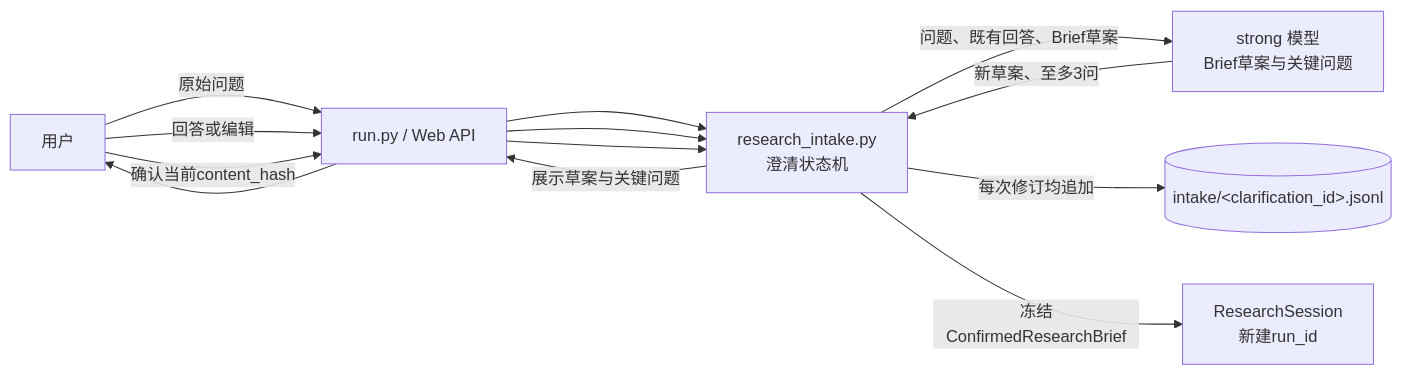
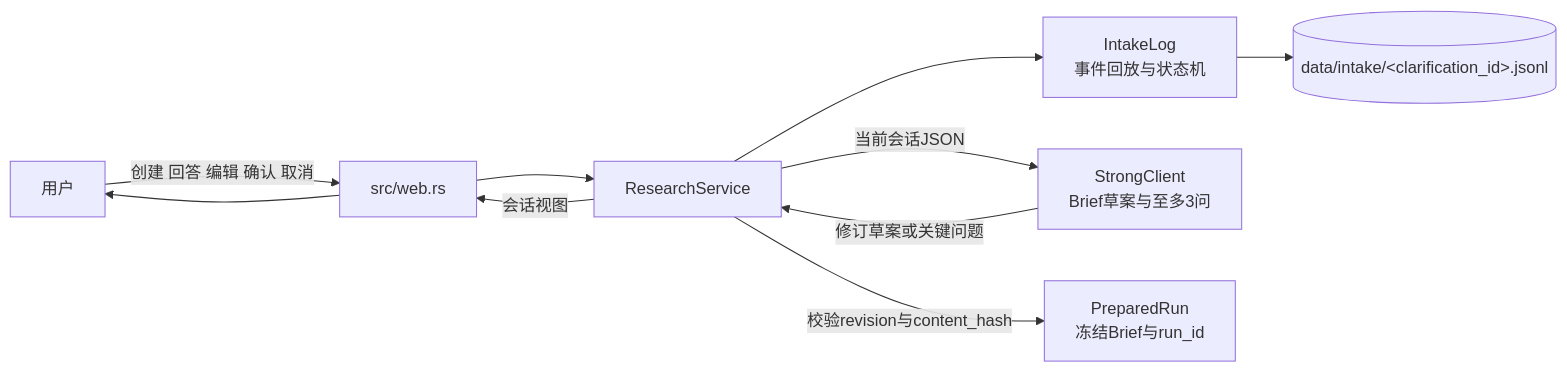
The second of 6 diagrams in docs/web-search-architecture.md (SuperCatQR/traceable-research-runtime), drawn with Mermaid before and after one commit. The commit also changed other lines of this file and 12 other files, not shown here.

Commit message:
fix: align research pipeline with architecture

````diff
--- a/docs/web-search-architecture.md
+++ b/docs/web-search-architecture.md
@@ -158,18 +141,17 @@
 ```mermaid
 flowchart LR
     userActor["用户"]
-    apiEntry["run.py / Web API"]
-    intakeState["research_intake.py<br/>澄清状态机"]
-    strongIntake["strong 模型<br/>Brief草案与关键问题"]
-    intakeAudit[("intake/&lt;clarification_id&gt;.jsonl")]
-    researchStart["ResearchSession<br/>新建run_id"]
+    apiEntry["src/web.rs"]
+    appService["ResearchService"]
+    intakeState["IntakeLog<br/>事件回放与状态机"]
+    strongIntake["StrongClient<br/>Brief草案与至多3问"]
+    intakeAudit[("data/intake/&lt;clarification_id&gt;.jsonl")]
+    researchStart["PreparedRun<br/>冻结Brief与run_id"]
 
-    userActor -->|原始问题| apiEntry --> intakeState
-    intakeState -->|问题、既有回答、Brief草案| strongIntake
-    strongIntake -->|新草案、至多3问| intakeState
-    intakeState -->|展示草案与关键问题| apiEntry --> userActor
-    userActor -->|回答或编辑| apiEntry --> intakeState
-    intakeState -->|每次修订均追加| intakeAudit
-    userActor -->|确认当前content_hash| apiEntry --> intakeState
-    intakeState -->|冻结ConfirmedResearchBrief| researchStart
+    userActor -->|创建 回答 编辑 确认 取消| apiEntry --> appService
+    appService --> intakeState --> intakeAudit
+    appService -->|当前会话JSON| strongIntake
+    strongIntake -->|修订草案或关键问题| appService
+    appService -->|会话视图| apiEntry --> userActor
+    appService -->|校验revision与content_hash| researchStart
 ```
````
